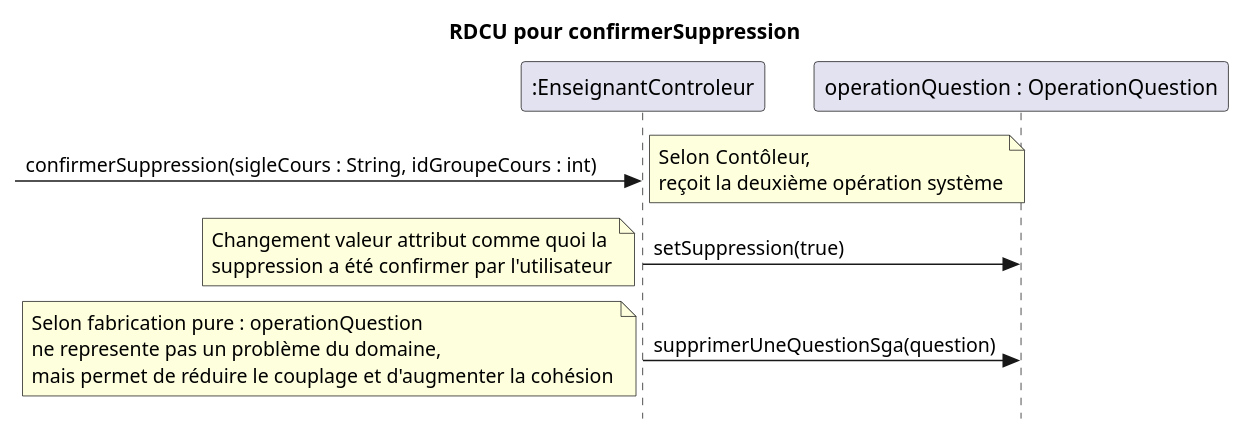
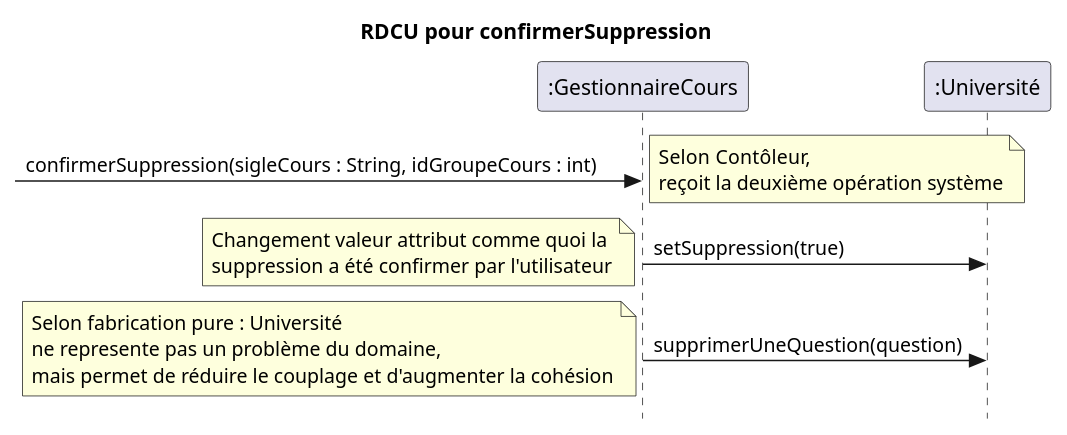
The second of 2 diagrams in docs/Retirer cours/RDCU_Supprimer_Cours.puml (nerdz88/SGA-TS), drawn with PlantUML before and after one commit. The commit also changed other lines of this file and 13 other files, not shown here.

Commit message:
Diagrammes + codes + tests complété pour cours

```diff
--- a/docs/Retirer cours/RDCU_Supprimer_Cours.puml
+++ b/docs/Retirer cours/RDCU_Supprimer_Cours.puml
@@ -10,13 +10,13 @@
 @startuml confirmerSuppression
 skinparam style strictuml
 skinparam defaultfontname Verdana
 title RDCU pour confirmerSuppression
-participant ":EnseignantControleur" as controleur
-participant "operationQuestion : OperationQuestion" as opQuestion
+participant ":GestionnaireCours" as controleur
+participant ":Université" as universite
 -> controleur : confirmerSuppression(sigleCours : String, idGroupeCours : int)
 note left : Selon Contôleur,\nreçoit la deuxième opération système
-controleur -> opQuestion : setSuppression(true)
+controleur -> universite : setSuppression(true)
 note left : Changement valeur attribut comme quoi la\nsuppression a été confirmer par l'utilisateur
-controleur -> opQuestion : supprimerUneQuestionSga(question)
-note left : Selon fabrication pure : operationQuestion\nne represente pas un problème du domaine,\nmais permet de réduire le couplage et d'augmenter la cohésion
+controleur -> universite : supprimerUneQuestion(question)
+note left : Selon fabrication pure : Université\nne represente pas un problème du domaine,\nmais permet de réduire le couplage et d'augmenter la cohésion
 @enduml 
```
